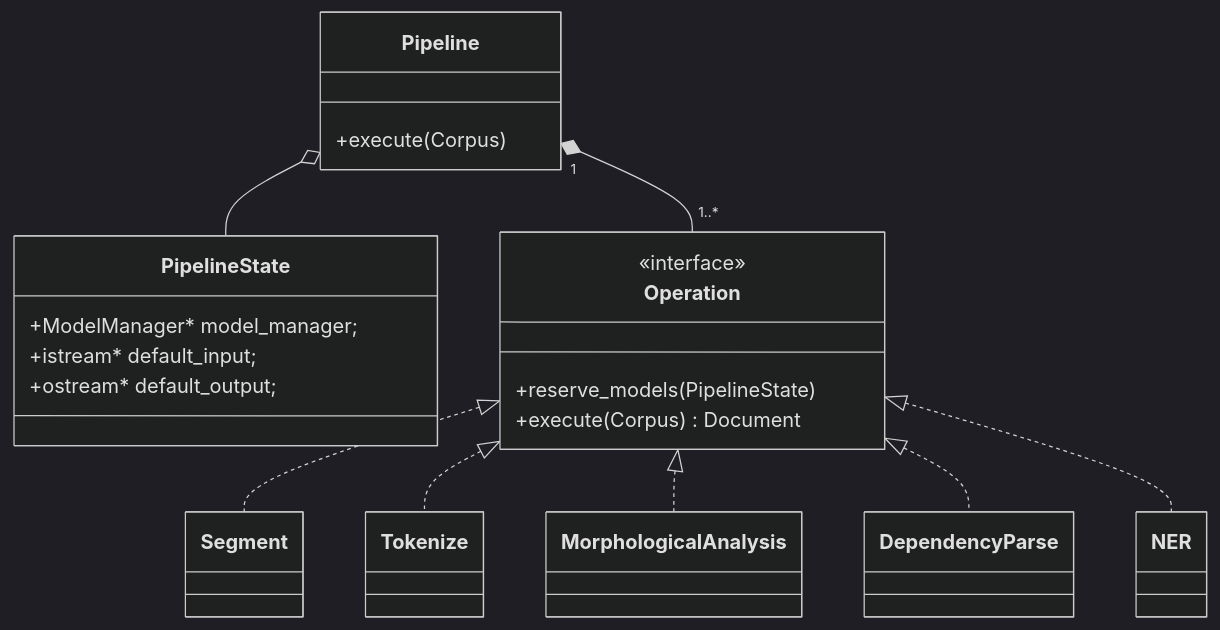
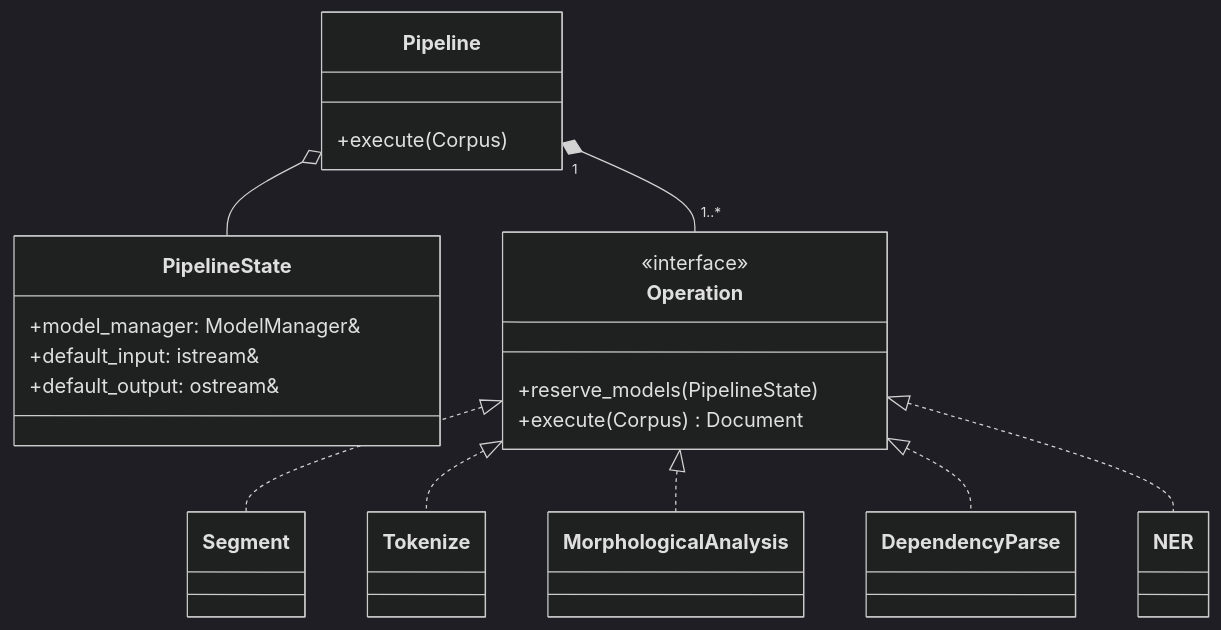
The fourth of 7 diagrams in docs/src/dev/architecture.md (ufal/linpipe), drawn with Mermaid (dark theme) before and after one commit. The commit also changed other lines of this file, not shown here.

Commit message:
Unify coding style.

````diff
--- a/docs/src/dev/architecture.md
+++ b/docs/src/dev/architecture.md
@@ -111,33 +111,33 @@
 ```mermaid
 classDiagram
   class Pipeline {
     +execute(Corpus)
   }
 
   class PipelineState {
-    +ModelManager* model_manager;
-    +istream* default_input;
-    +ostream* default_output;
+    +model_manager: ModelManager&
+    +default_input: istream&
+    +default_output: ostream&
   }
 
   class Operation {
     <<interface>>
     +reserve_models(PipelineState)
     +execute(Corpus) Document
   }
 
   Pipeline "1" *-- "1..*" Operation
   Pipeline o-- PipelineState
 
   class Segment
   class Tokenize
   class MorphologicalAnalysis
   class DependencyParse
   class NER
 
   Operation <|.. Segment
   Operation <|.. Tokenize
   Operation <|.. MorphologicalAnalysis
   Operation <|.. DependencyParse
   Operation <|.. NER
 ```
````
